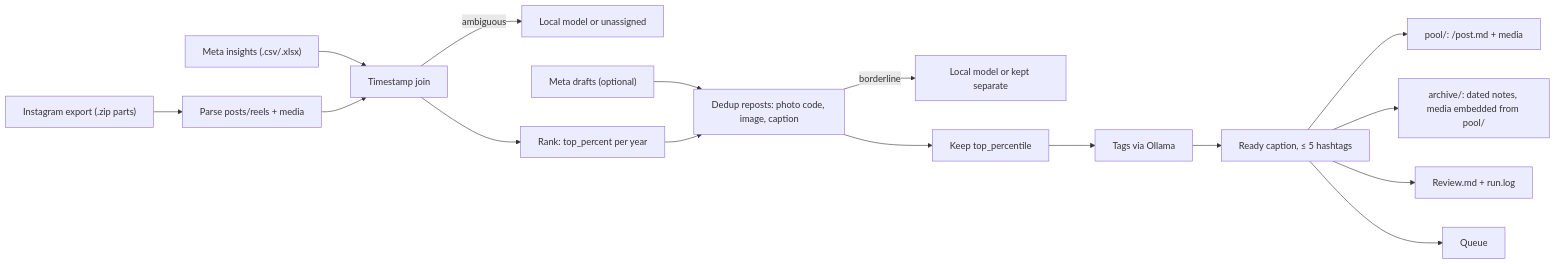
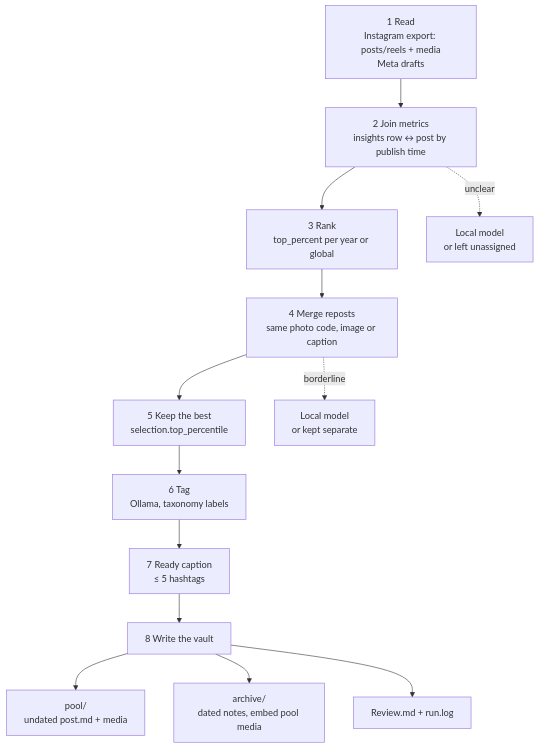
The second of 7 diagrams in README.md (GiulioRusso/creatorvault), drawn with Mermaid before and after one commit. The commit also changed other lines of this file, not shown here.

Commit message:
docs: a diagram for every pipeline in the README

````diff
--- a/README.md
+++ b/README.md
@@ -319,18 +79,15 @@
 ```mermaid
-flowchart LR
-    A["Instagram export (.zip parts)"] --> E["Parse posts/reels + media"]
-    B["Meta insights (.csv/.xlsx)"] --> G
-    E --> G["Timestamp join"]
-    G -->|ambiguous| H["Local model or unassigned"]
-    G --> I["Rank: top_percent per year"]
-    P["Meta drafts (optional)"] --> Q
-    I --> Q["Dedup reposts: photo code, image, caption"]
-    Q -->|borderline| R["Local model or kept separate"]
-    Q --> F["Keep top_percentile"]
-    F --> M["Tags via Ollama"]
-    M --> S["Ready caption, ≤ 5 hashtags"]
-    S --> U["pool/: <slug>/post.md + media"]
-    S --> N["archive/: dated notes, media embedded from pool/"]
-    S --> V["Review.md + run.log"]
-    S --> T["Queue"]
+flowchart TD
+    A["1 Read<br/>Instagram export: posts/reels + media<br/>Meta drafts"] --> B
+    B["2 Join metrics<br/>insights row ↔ post by publish time"] --> C
+    C["3 Rank<br/>top_percent per year or global"] --> D
+    D["4 Merge reposts<br/>same photo code, image or caption"] --> F
+    F["5 Keep the best<br/>selection.top_percentile"] --> G
+    G["6 Tag<br/>Ollama, taxonomy labels"] --> H
+    H["7 Ready caption<br/>≤ 5 hashtags"] --> W
+    W["8 Write the vault"] --> P["pool/<br/>undated post.md + media"]
+    W --> AR["archive/<br/>dated notes, embed pool media"]
+    W --> R["Review.md + run.log"]
+    B -. "unclear" .-> LM["Local model<br/>or left unassigned"]
+    D -. "borderline" .-> LM2["Local model<br/>or kept separate"]
 ```
````
